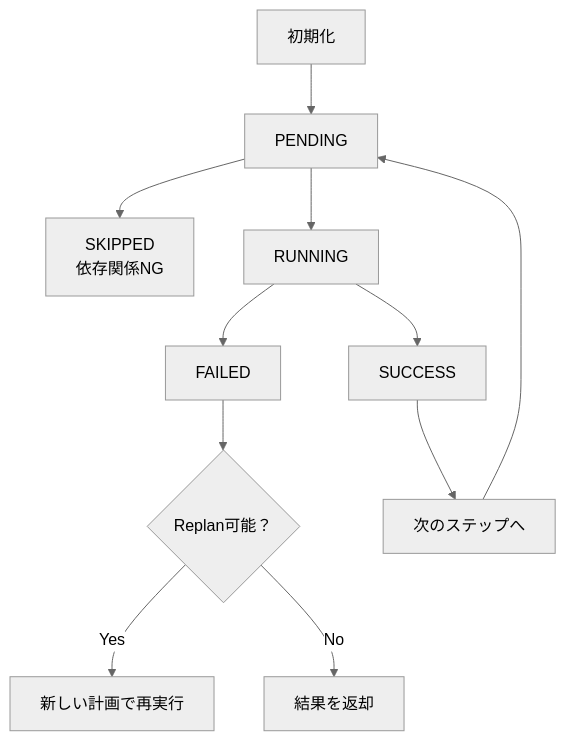
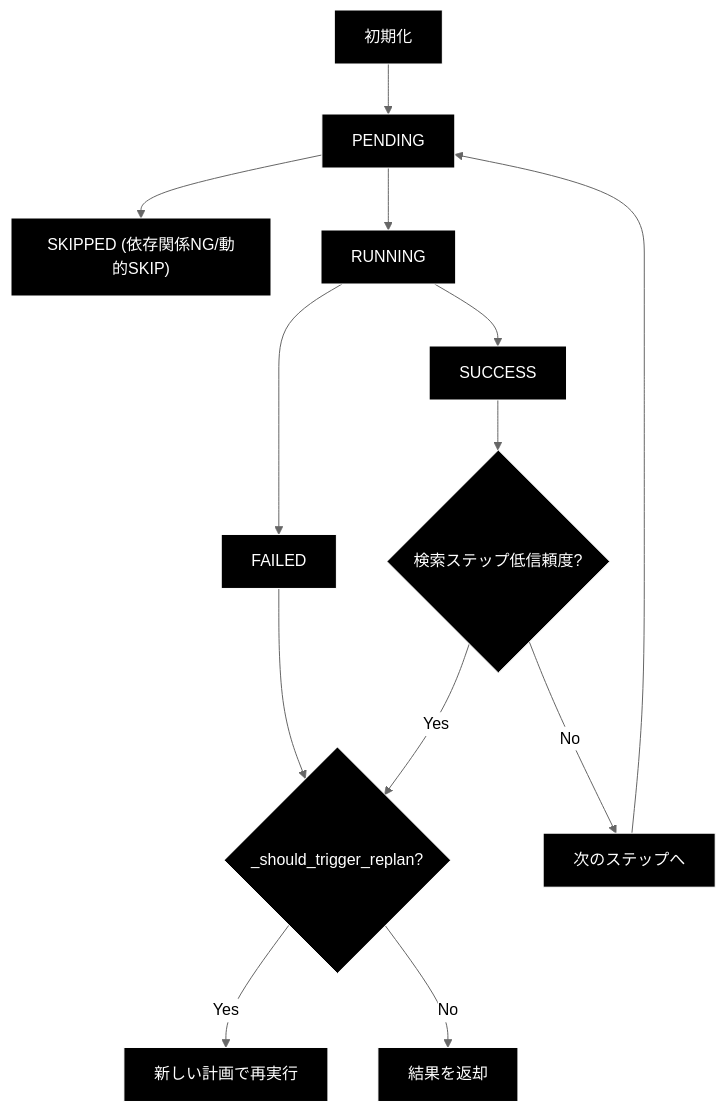
The fifth of 5 diagrams in grace/doc/executor.md (nakashima2toshio/anthropic_grace_agent_v2), drawn with Mermaid (neutral theme) before and after one commit. The commit also changed other lines of this file and 9 other files, not shown here.

````diff
--- a/grace/doc/executor.md
+++ b/grace/doc/executor.md
@@ -1267,18 +1801,23 @@
 ```mermaid
 flowchart TB
     INIT["初期化"] --> PENDING["PENDING"]
 
-    PENDING --> SKIPPED["SKIPPED\n依存関係NG"]
+    PENDING --> SKIPPED["SKIPPED (依存関係NG/動的SKIP)"]
     PENDING --> RUNNING["RUNNING"]
 
     RUNNING --> SUCCESS["SUCCESS"]
     RUNNING --> FAILED["FAILED"]
 
-    FAILED --> REPLAN_CHECK{"Replan可能？"}
+    FAILED --> REPLAN_CHECK{"_should_trigger_replan?"}
+    SUCCESS --> CONF_CHECK{"検索ステップ低信頼度?"}
+    CONF_CHECK -->|Yes| REPLAN_CHECK
+    CONF_CHECK -->|No| NEXT_STEP["次のステップへ"]
 
     REPLAN_CHECK -->|Yes| NEW_PLAN["新しい計画で再実行"]
     REPLAN_CHECK -->|No| RETURN_RESULT["結果を返却"]
 
-    SUCCESS --> NEXT_STEP["次のステップへ"]
     NEXT_STEP --> PENDING
+classDef default fill:#000,stroke:#fff,color:#fff
+classDef subgraphStyle fill:#1a1a1a,stroke:#fff,color:#fff
+class INIT,PENDING,SKIPPED,RUNNING,SUCCESS,FAILED,REPLAN_CHECK,CONF_CHECK,NEXT_STEP,NEW_PLAN,RETURN_RESULT default
 ```
````
